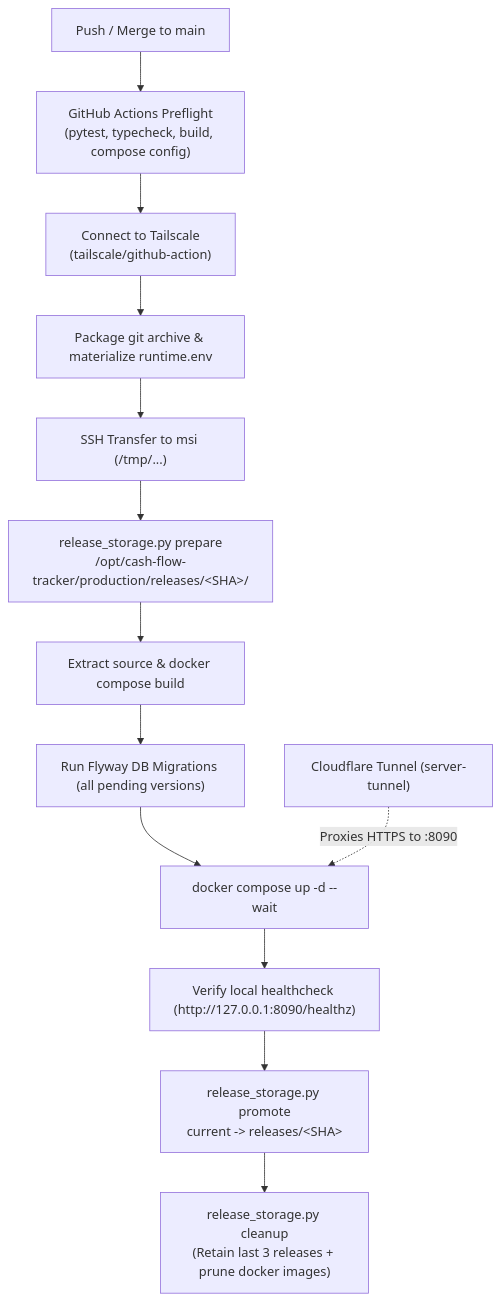
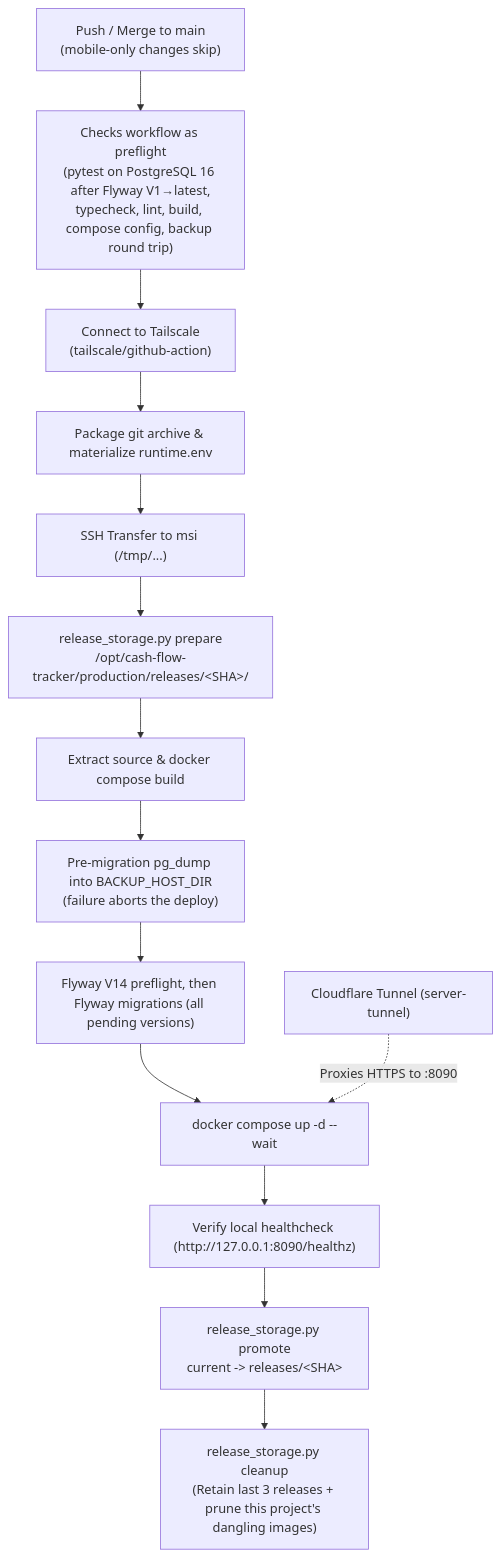
Before and after one commit to alfonsusenrico/cash-flow-tracker: the diagram in docs/production-deployment.md, drawn with Mermaid. The commit also changed other lines of this file and 4 other files, not shown here.

Commit message:
fix(deploy): back up before migrating and prune only project images

````diff
--- a/docs/production-deployment.md
+++ b/docs/production-deployment.md
@@ -11,15 +11,16 @@
 ```mermaid
 flowchart TD
-    A["Push / Merge to main"] --> B["GitHub Actions Preflight<br/>(pytest, typecheck, build, compose config)"]
+    A["Push / Merge to main<br/>(mobile-only changes skip)"] --> B["Checks workflow as preflight<br/>(pytest on PostgreSQL 16 after Flyway V1→latest,<br/>typecheck, lint, build, compose config, backup round trip)"]
     B --> C["Connect to Tailscale<br/>(tailscale/github-action)"]
     C --> D["Package git archive & materialize runtime.env"]
     D --> E["SSH Transfer to msi (/tmp/...)"]
     E --> F["release_storage.py prepare<br/>/opt/cash-flow-tracker/production/releases/&lt;SHA&gt;/"]
     F --> G["Extract source & docker compose build"]
-    G --> H["Run Flyway DB Migrations (all pending versions)"]
+    G --> G2["Pre-migration pg_dump into BACKUP_HOST_DIR<br/>(failure aborts the deploy)"]
+    G2 --> H["Flyway V14 preflight, then Flyway migrations (all pending versions)"]
     H --> I["docker compose up -d --wait"]
     I --> J["Verify local healthcheck (http://127.0.0.1:8090/healthz)"]
     J --> K["release_storage.py promote<br/>current -> releases/&lt;SHA&gt;"]
-    K --> L["release_storage.py cleanup<br/>(Retain last 3 releases + prune docker images)"]
+    K --> L["release_storage.py cleanup<br/>(Retain last 3 releases + prune this project's dangling images)"]
     M["Cloudflare Tunnel (server-tunnel)"] -.->|Proxies HTTPS to :8090| I
 ```
````
